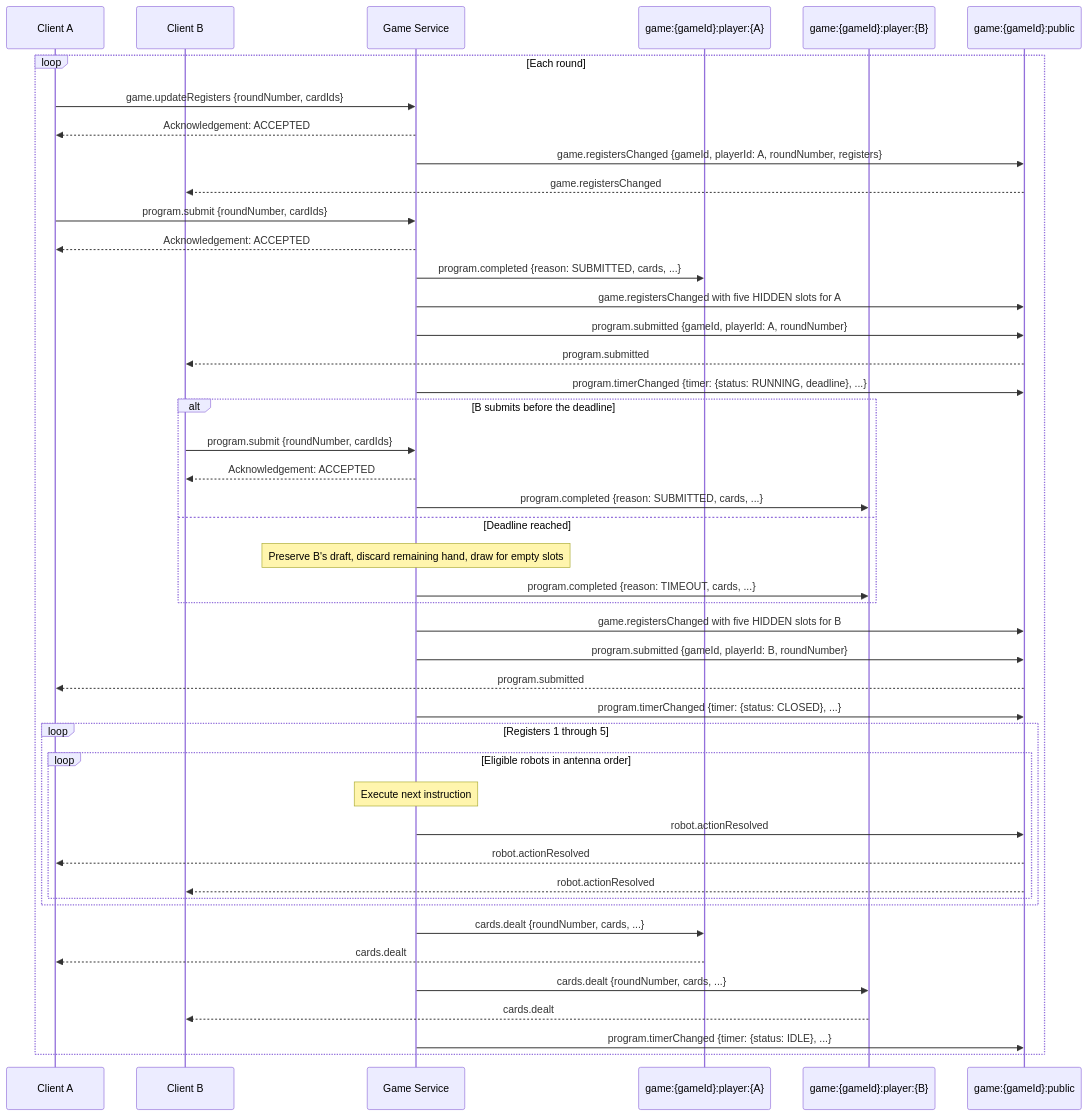
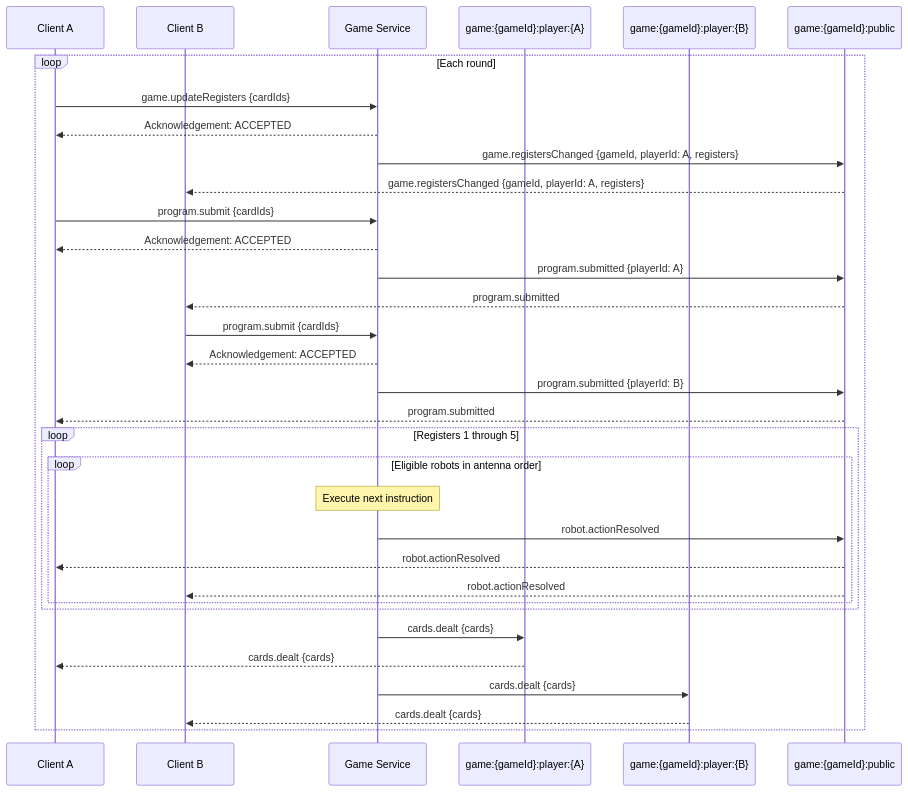
Before and after one commit to hananinas/RoboRally: the fifth of 7 diagrams in docs/Communication.md, drawn with Mermaid. The commit also changed other lines of this file and 2 other files, not shown here.

Commit message:
docs: simplify programming timer contract

````diff
--- a/docs/Communication.md
+++ b/docs/Communication.md
@@ -287,52 +294,38 @@
 ```mermaid
 sequenceDiagram
     participant A as Client A
     participant B as Client B
     participant Server as Game Service
     participant PrivateA as game:{gameId}:player:{A}
     participant PrivateB as game:{gameId}:player:{B}
     participant Public as game:{gameId}:public
 
     loop Each round
-        A->>Server: game.updateRegisters {roundNumber, cardIds}
+        A->>Server: game.updateRegisters {cardIds}
         Server-->>A: Acknowledgement: ACCEPTED
-        Server->>Public: game.registersChanged {gameId, playerId: A, roundNumber, registers}
-        Public-->>B: game.registersChanged
-        A->>Server: program.submit {roundNumber, cardIds}
+        Server->>Public: game.registersChanged {gameId, playerId: A, registers}
+        Public-->>B: game.registersChanged {gameId, playerId: A, registers}
+        A->>Server: program.submit {cardIds}
         Server-->>A: Acknowledgement: ACCEPTED
-        Server->>PrivateA: program.completed {reason: SUBMITTED, cards, ...}
-        Server->>Public: game.registersChanged with five HIDDEN slots for A
-        Server->>Public: program.submitted {gameId, playerId: A, roundNumber}
+        Server->>Public: program.submitted {playerId: A}
         Public-->>B: program.submitted
-        Server->>Public: program.timerChanged {timer: {status: RUNNING, deadline}, ...}
 
-        alt B submits before the deadline
-            B->>Server: program.submit {roundNumber, cardIds}
-            Server-->>B: Acknowledgement: ACCEPTED
-            Server->>PrivateB: program.completed {reason: SUBMITTED, cards, ...}
-        else Deadline reached
-            Note over Server: Preserve B's draft, discard remaining hand, draw for empty slots
-            Server->>PrivateB: program.completed {reason: TIMEOUT, cards, ...}
-        end
-
-        Server->>Public: game.registersChanged with five HIDDEN slots for B
-        Server->>Public: program.submitted {gameId, playerId: B, roundNumber}
+        B->>Server: program.submit {cardIds}
+        Server-->>B: Acknowledgement: ACCEPTED
+        Server->>Public: program.submitted {playerId: B}
         Public-->>A: program.submitted
-        Server->>Public: program.timerChanged {timer: {status: CLOSED}, ...}
-
         loop Registers 1 through 5
             loop Eligible robots in antenna order
                 Note over Server: Execute next instruction
                 Server->>Public: robot.actionResolved
                 Public-->>A: robot.actionResolved
                 Public-->>B: robot.actionResolved
             end
         end
 
-        Server->>PrivateA: cards.dealt {roundNumber, cards, ...}
-        PrivateA-->>A: cards.dealt
-        Server->>PrivateB: cards.dealt {roundNumber, cards, ...}
-        PrivateB-->>B: cards.dealt
-        Server->>Public: program.timerChanged {timer: {status: IDLE}, ...}
+        Server->>PrivateA: cards.dealt {cards}
+        PrivateA-->>A: cards.dealt {cards}
+        Server->>PrivateB: cards.dealt {cards}
+        PrivateB-->>B: cards.dealt {cards}
     end
 ```
````
